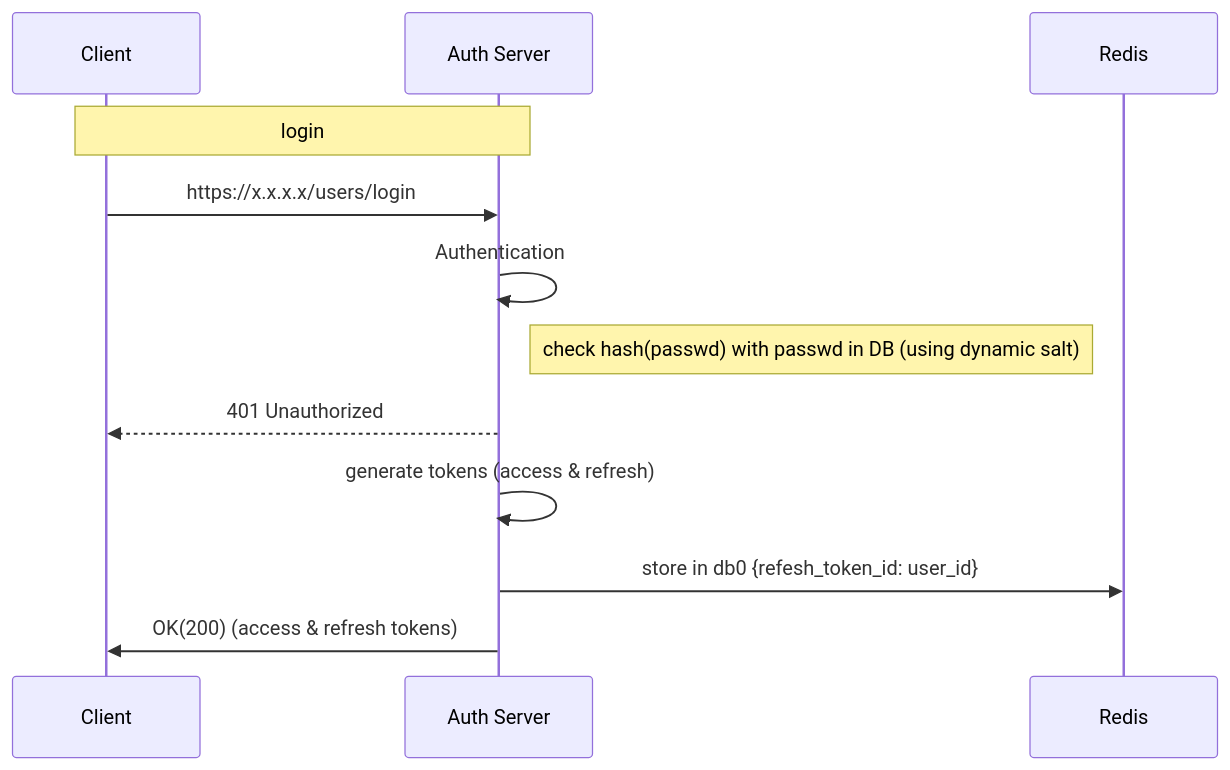
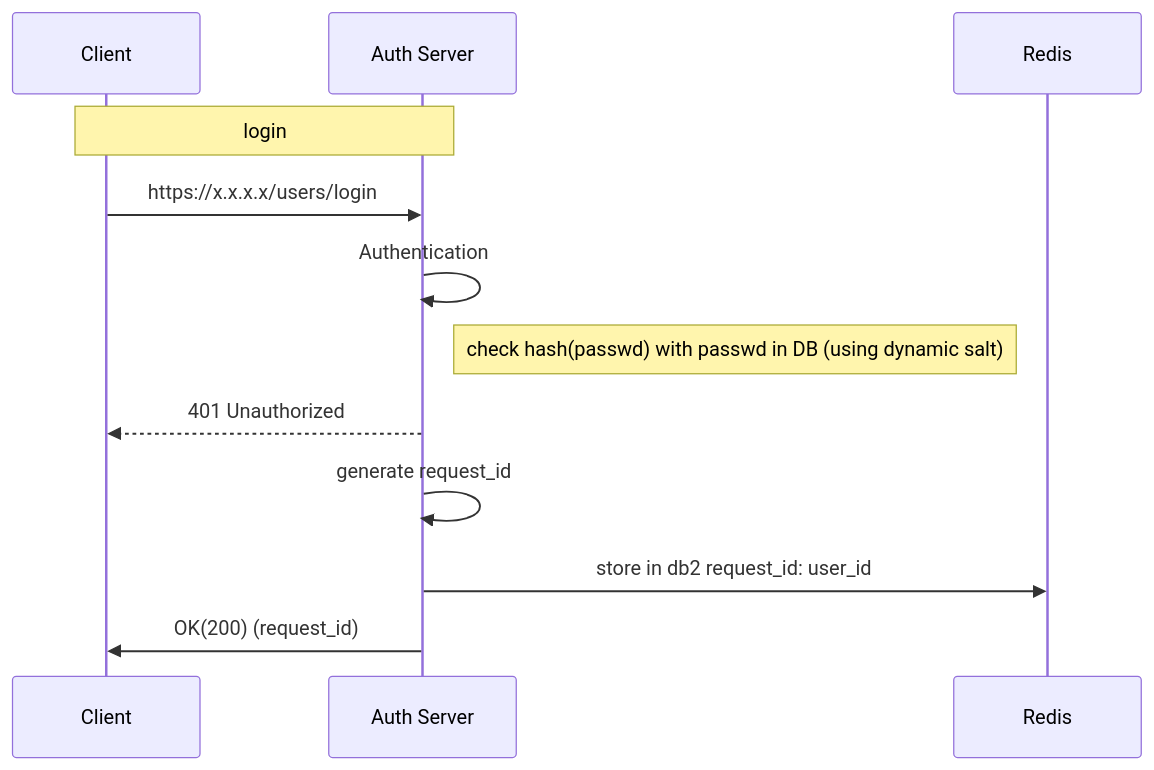
The diagram in Docs/1_users/2_login.md (veselij/Auth_sprint_6_team_5), drawn with Mermaid before and after one commit. The commit also changed other lines of this file and 2 other files, not shown here.

Commit message:
update Docs - added TOTP

````diff
--- a/Docs/1_users/2_login.md
+++ b/Docs/1_users/2_login.md
@@ -1,15 +1,15 @@
 ```mermaid
 sequenceDiagram
     participant C as Client  
     participant S as Auth Server
     participant R as Redis
 
 	Note over C, S: login
 	C->>S: https://x.x.x.x/users/login
 	S->>S: Authentication
 	Note right of S: check hash(passwd) with passwd in DB (using dynamic salt)
 	S-->>C: 401 Unauthorized
-	S->>S: generate tokens (access & refresh)
-	S->>R: store in db0 {refesh_token_id: user_id}
-	S->>C: OK(200) (access & refresh tokens)
+	S->>S: generate request_id
+	S->>R: store in db2 request_id: user_id
+	S->>C: OK(200) (request_id)
 ```
````
